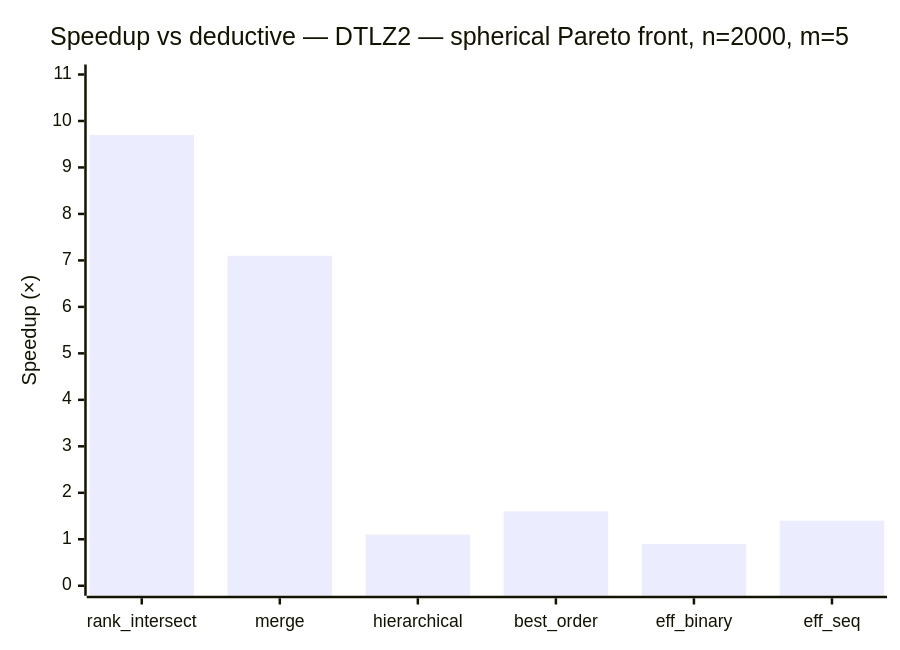
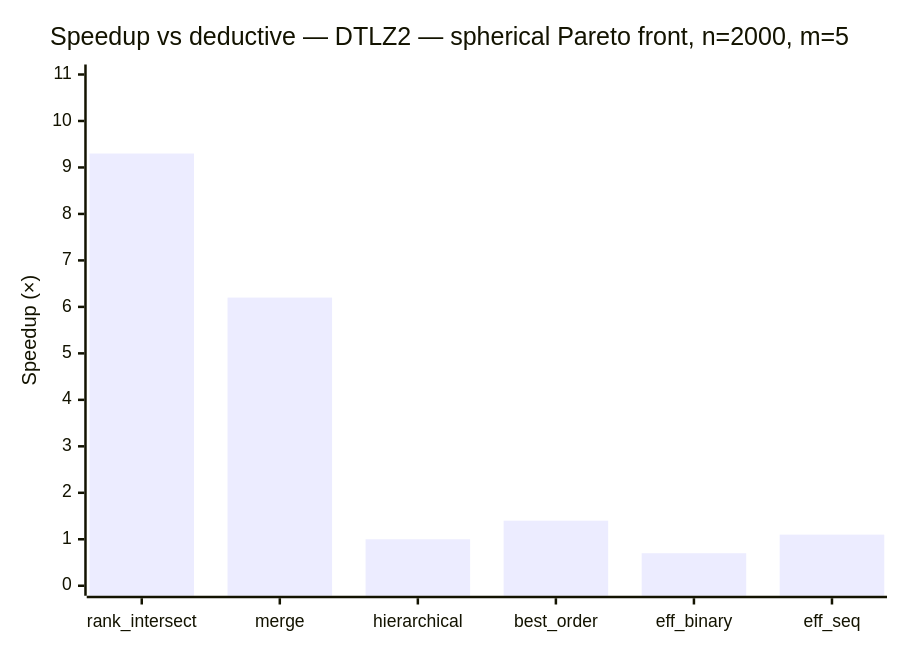
The sixth of 8 diagrams in BENCHMARKS.md (foolnotion/ndsort), drawn with Mermaid before and after one commit. The commit also changed other lines of this file and 13 other files, not shown here.

````diff
--- a/BENCHMARKS.md
+++ b/BENCHMARKS.md
@@ -172,7 +172,7 @@
 ```mermaid
 xychart-beta
     title "Speedup vs deductive — DTLZ2 — spherical Pareto front, n=2000, m=5"
     x-axis ["rank_intersect", "merge", "hierarchical", "best_order", "eff_binary", "eff_seq"]
     y-axis "Speedup (×)" 0 --> 11
-    bar [9.7, 7.1, 1.1, 1.6, 0.9, 1.4]
+    bar [9.3, 6.2, 1.0, 1.4, 0.7, 1.1]
 ```
````
